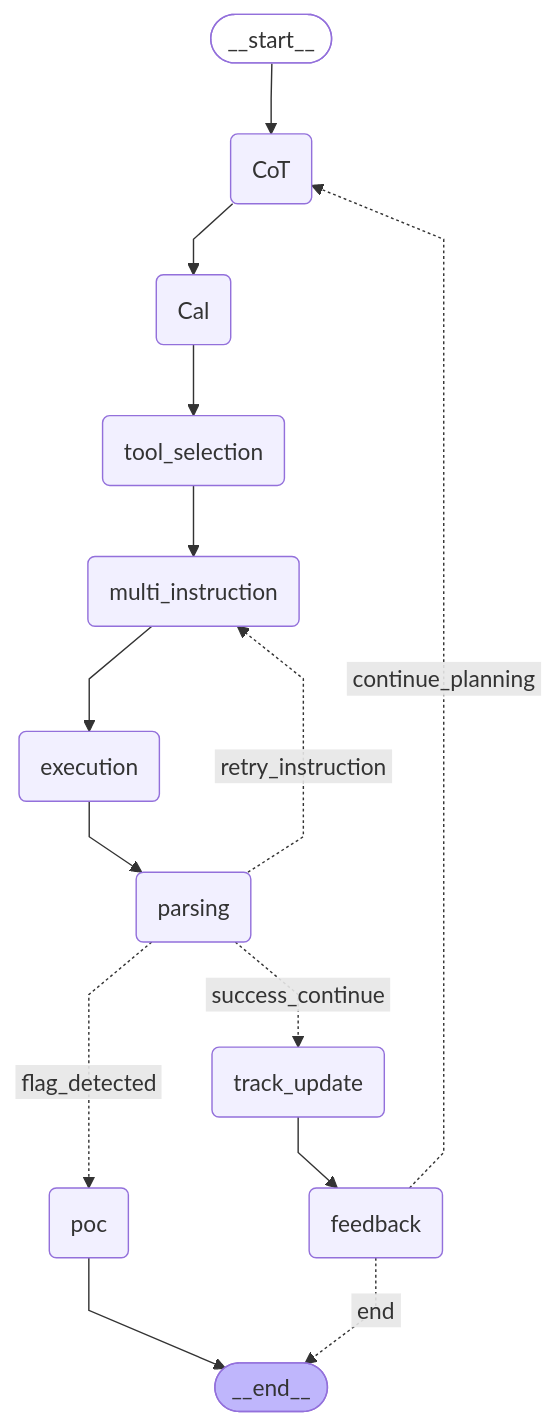
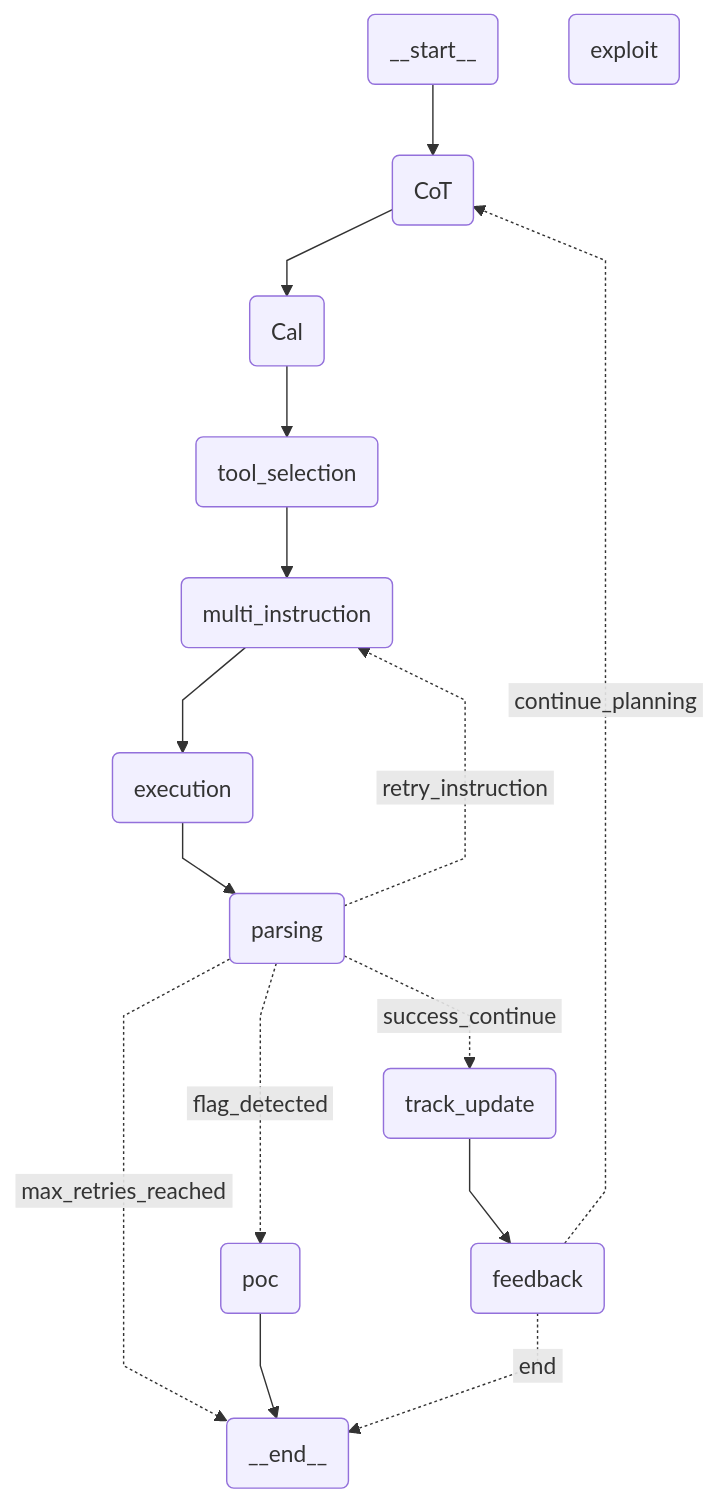
One commit to JungWooJJING/LLM_Solver changed the diagram in langgraph/artifacts/init_workflow_mermaid.md. Above: the diagram before and after it, drawn with Mermaid. The commit also changed 12 other files, not shown here.

````diff
--- a/langgraph/artifacts/init_workflow_mermaid.md
+++ b/langgraph/artifacts/init_workflow_mermaid.md
@@ -3,36 +3,38 @@
 ```mermaid
 ---
 config:
   flowchart:
     curve: linear
 ---
 graph TD;
-	__start__([<p>__start__</p>]):::first
+	__start__(<p>__start__</p>)
 	CoT(CoT)
 	Cal(Cal)
 	tool_selection(tool_selection)
 	multi_instruction(multi_instruction)
 	execution(execution)
 	parsing(parsing)
 	track_update(track_update)
 	feedback(feedback)
+	exploit(exploit)
 	poc(poc)
-	__end__([<p>__end__</p>]):::last
+	__end__(<p>__end__</p>)
 	Cal --> tool_selection;
 	CoT --> Cal;
 	__start__ --> CoT;
 	execution --> parsing;
 	feedback -. &nbsp;continue_planning&nbsp; .-> CoT;
 	feedback -. &nbsp;end&nbsp; .-> __end__;
 	multi_instruction --> execution;
+	parsing -. &nbsp;max_retries_reached&nbsp; .-> __end__;
 	parsing -. &nbsp;retry_instruction&nbsp; .-> multi_instruction;
 	parsing -. &nbsp;flag_detected&nbsp; .-> poc;
 	parsing -. &nbsp;success_continue&nbsp; .-> track_update;
 	tool_selection --> multi_instruction;
 	track_update --> feedback;
 	poc --> __end__;
 	classDef default fill:#f2f0ff,line-height:1.2
 	classDef first fill-opacity:0
 	classDef last fill:#bfb6fc
 
 ```
````
